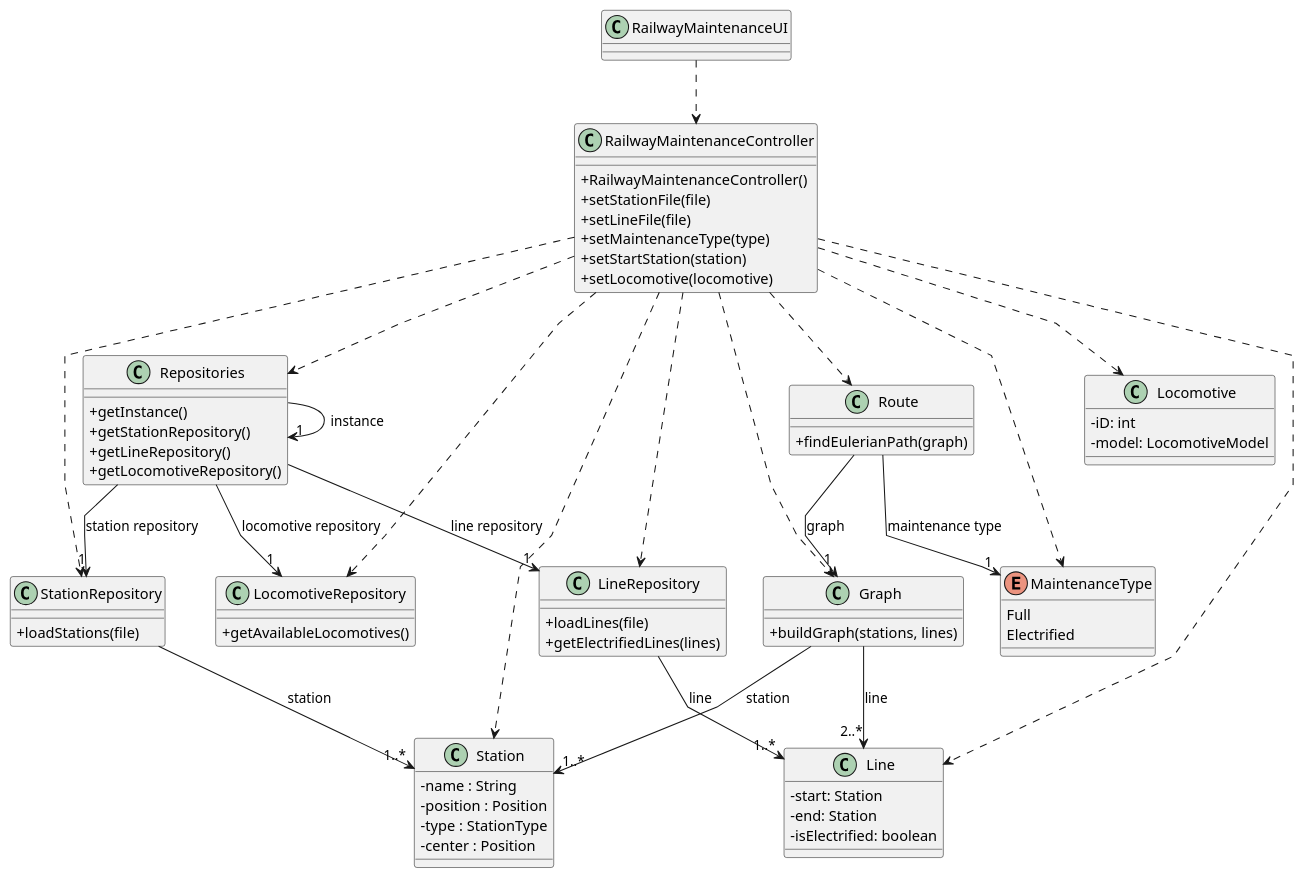
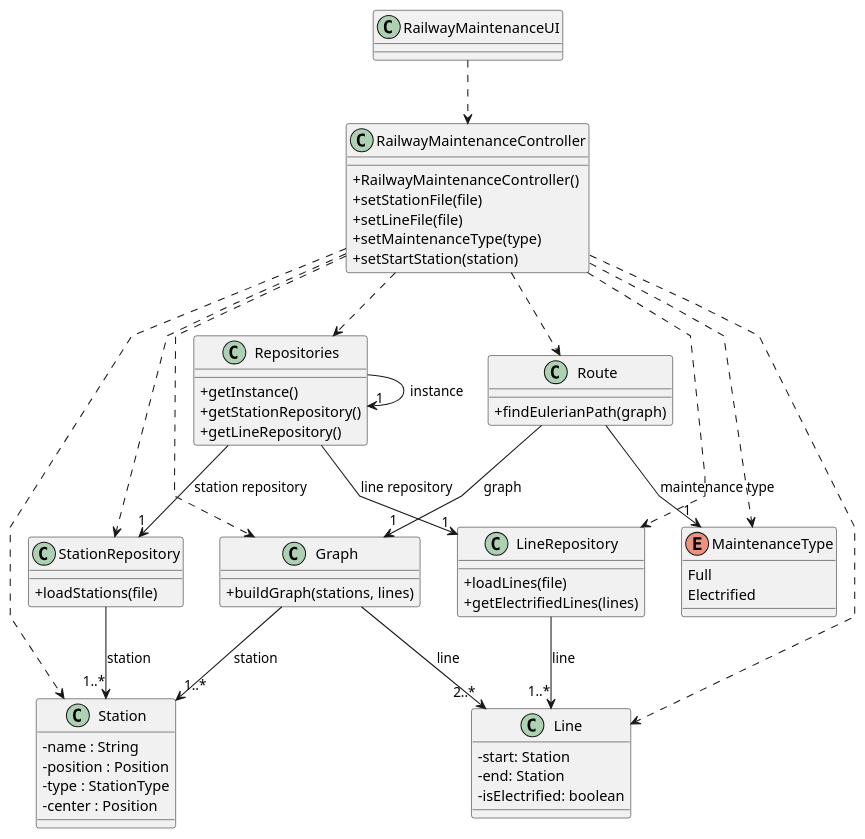
Before and after one commit to 1240935/pi2-railway-simulator: the diagram in Sprint2/US014/03.design/puml/US014-CD.puml, drawn with PlantUML. The commit also changed 21 other files, not shown here.

```diff
--- a/Sprint2/US014/03.design/puml/US014-CD.puml
+++ b/Sprint2/US014/03.design/puml/US014-CD.puml
@@ -1,99 +1,85 @@
 @startuml
 'skinparam monochrome true
 skinparam packageStyle rectangle
 skinparam shadowing false
 skinparam linetype polyline
 'skinparam linetype orto
 
 skinparam classAttributeIconSize 0
 
 'left to right direction
 
 class RailwayMaintenanceUI {
 
 }
 
 class RailwayMaintenanceController {
   +RailwayMaintenanceController()
   +setStationFile(file)
   +setLineFile(file)
   +setMaintenanceType(type)
   +setStartStation(station)
-  +setLocomotive(locomotive)
 }
 
 class Repositories {
   +getInstance()
   +getStationRepository()
   +getLineRepository()
-  +getLocomotiveRepository()
 }
 
 class StationRepository {
   +loadStations(file)
 }
 
 class LineRepository {
   +loadLines(file)
   +getElectrifiedLines(lines)
-}
-
-class LocomotiveRepository {
-  +getAvailableLocomotives()
 }
 
 class Graph {
   +buildGraph(stations, lines)
   }
 
 class Route {
   +findEulerianPath(graph)
 }
 
 class Station {
   -name : String
   -position : Position
   -type : StationType
   -center : Position
 }
 
 class Line {
   -start: Station
   -end: Station
   -isElectrified: boolean
 }
 
-class Locomotive {
-    -iD: int
-    -model: LocomotiveModel
-}
-
 enum MaintenanceType {
   Full
   Electrified
 }
 
 RailwayMaintenanceUI ..> RailwayMaintenanceController
 RailwayMaintenanceController ..> StationRepository
 RailwayMaintenanceController ..> LineRepository
-RailwayMaintenanceController ..> LocomotiveRepository
 RailwayMaintenanceController ..> Graph
 RailwayMaintenanceController ..> Route
 RailwayMaintenanceController ..> MaintenanceType
 RailwayMaintenanceController ..> Repositories
 RailwayMaintenanceController ..> Station
 RailwayMaintenanceController ..> Line
-RailwayMaintenanceController ..> Locomotive
 
 Repositories -> "1" Repositories : instance
 Repositories --> "1" StationRepository : station repository
 Repositories --> "1" LineRepository : line repository
-Repositories --> "1" LocomotiveRepository : locomotive repository
 
 StationRepository --> "1..*" Station : station
 LineRepository --> "1..*" Line : line
 Graph --> "1..*" Station : station
 Graph --> "2..*" Line : line
 Route --> "1" Graph : graph
 Route --> "1" MaintenanceType : maintenance type
 @enduml
```
